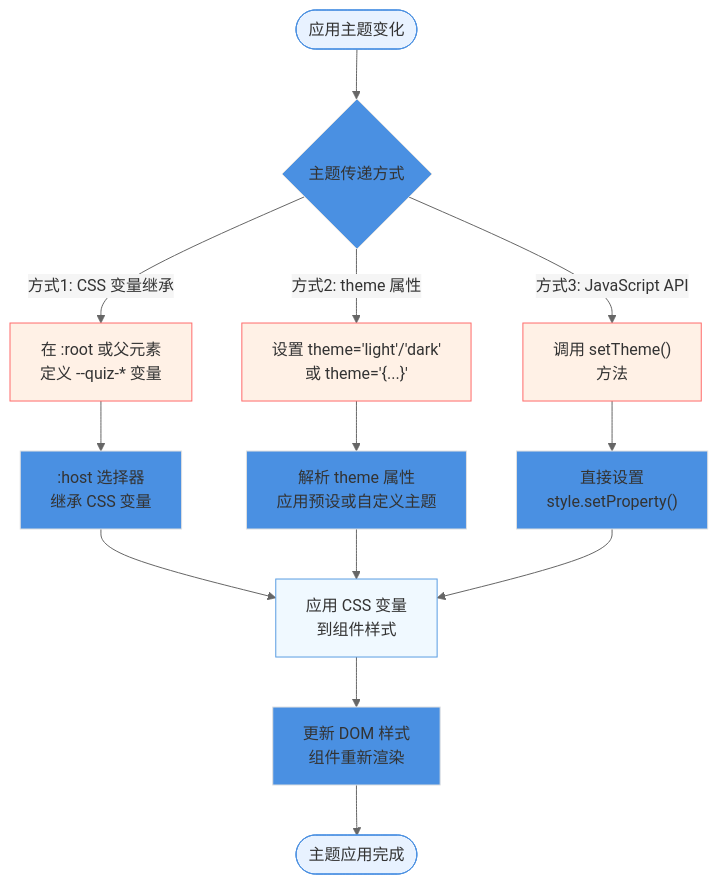
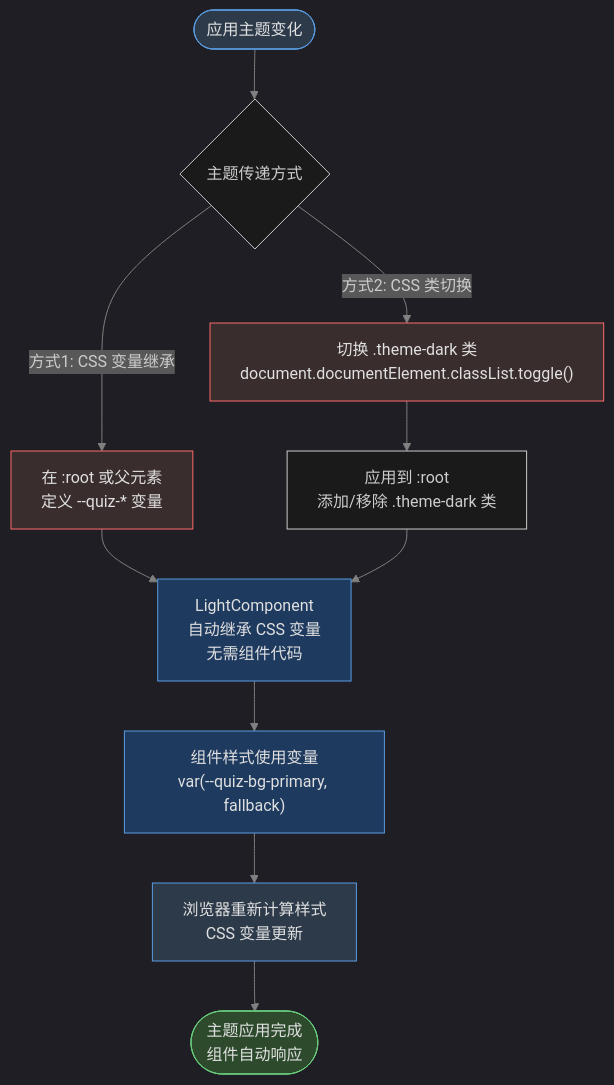
Before and after one commit to quizerjs/quizerjs: the second of 4 diagrams in docs/rfc/0008-wsx-theming-system.md, drawn with Mermaid. The commit also changed other lines of this file and 17 other files, not shown here.

````diff
--- a/docs/rfc/0008-wsx-theming-system.md
+++ b/docs/rfc/0008-wsx-theming-system.md
@@ -158,27 +202,25 @@
 ```mermaid
-%%{init: {'theme':'base', 'themeVariables': {'primaryColor':'#4a90e2','primaryTextColor':'#333','primaryBorderColor':'#e0e0e0','lineColor':'#666','secondaryColor':'#f5f5f5','tertiaryColor':'#fafafa'}}}%%
+%%{init: {'theme':'dark', 'themeVariables': {'primaryColor':'#5a9de2','primaryTextColor':'#e0e0e0','primaryBorderColor':'#404040','lineColor':'#808080','secondaryColor':'#2d2d2d','tertiaryColor':'#262626','background':'#1a1a1a','mainBkg':'#1a1a1a','secondBkg':'#262626','tertiaryBkg':'#2d2d2d'}}}%%
 flowchart TD
     Start([应用主题变化]) --> Check{主题传递方式}
     
     Check -->|方式1: CSS 变量继承| CSSInherit["在 :root 或父元素<br/>定义 --quiz-* 变量"]
-    Check -->|方式2: theme 属性| AttrTheme["设置 theme='light'/'dark'<br/>或 theme='{...}'"]
-    Check -->|方式3: JavaScript API| JSAPI["调用 setTheme()<br/>方法"]
+    Check -->|方式2: CSS 类切换| ClassToggle["切换 .theme-dark 类<br/>document.documentElement.classList.toggle()"]
     
-    CSSInherit --> HostInherit[":host 选择器<br/>继承 CSS 变量"]
-    AttrTheme --> ParseTheme["解析 theme 属性<br/>应用预设或自定义主题"]
-    JSAPI --> ApplyJS["直接设置<br/>style.setProperty()"]
+    CSSInherit --> Inherit["LightComponent<br/>自动继承 CSS 变量<br/>无需组件代码"]
+    ClassToggle --> ApplyClass["应用到 :root<br/>添加/移除 .theme-dark 类"]
+    ApplyClass --> Inherit
     
-    HostInherit --> ApplyVars["应用 CSS 变量<br/>到组件样式"]
-    ParseTheme --> ApplyVars
-    ApplyJS --> ApplyVars
+    Inherit --> ApplyVars["组件样式使用变量<br/>var(--quiz-bg-primary, fallback)"]
     
-    ApplyVars --> UpdateDOM["更新 DOM 样式<br/>组件重新渲染"]
-    UpdateDOM --> End([主题应用完成])
+    ApplyVars --> Reflow["浏览器重新计算样式<br/>CSS 变量更新"]
+    Reflow --> End([主题应用完成<br/>组件自动响应])
     
-    style Start fill:#e8f2ff,stroke:#4a90e2
-    style CSSInherit fill:#fff1e6,stroke:#ff6b6b
-    style AttrTheme fill:#fff1e6,stroke:#ff6b6b
-    style JSAPI fill:#fff1e6,stroke:#ff6b6b
-    style ApplyVars fill:#f0f9ff,stroke:#5a9de2
-    style End fill:#e8f2ff,stroke:#4a90e2
+    style Start fill:#2d3a4a,stroke:#5a9de2,color:#e0e0e0
+    style CSSInherit fill:#3a2d2d,stroke:#ff6b6b,color:#e0e0e0
+    style ClassToggle fill:#3a2d2d,stroke:#ff6b6b,color:#e0e0e0
+    style Inherit fill:#1e3a5f,stroke:#5a9de2,color:#e0e0e0
+    style ApplyVars fill:#1e3a5f,stroke:#5a9de2,color:#e0e0e0
+    style Reflow fill:#2d3a4a,stroke:#5a9de2,color:#e0e0e0
+    style End fill:#2d4a2d,stroke:#6bcf7f,color:#e0e0e0
 ```
````
